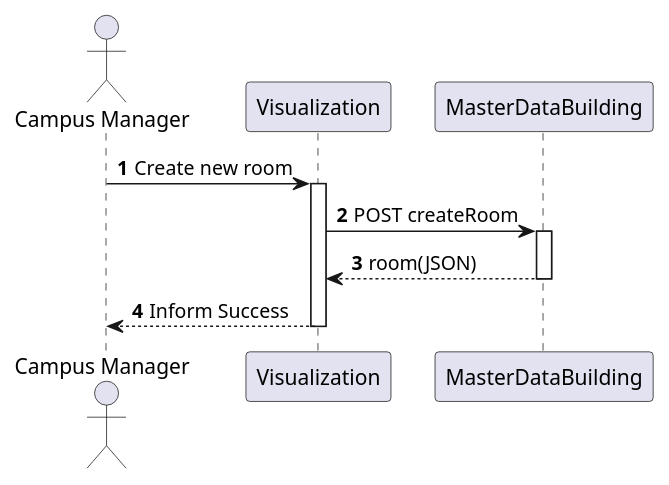
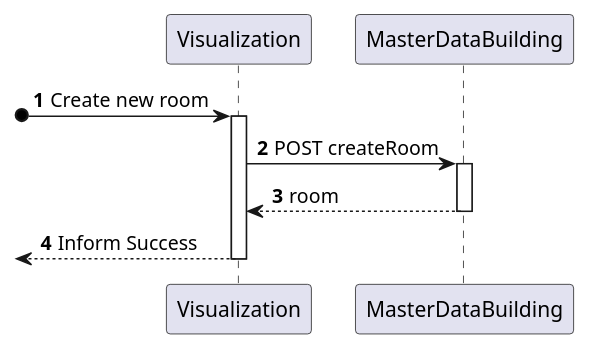
One commit to Pedro-Pereira1/sem5pi_23_24_g056 changed the diagram in docs/US_310/Diagrams/Level2/ProcessView.puml. Above: the diagram before and after it, drawn with PlantUML. The commit also changed 14 other files, not shown here.

Commit message:
Fixed error in all process view level 2 diagrams

```diff
--- a/docs/US_310/Diagrams/Level2/ProcessView.puml
+++ b/docs/US_310/Diagrams/Level2/ProcessView.puml
@@ -1,20 +1,20 @@
 @startuml
 
 autonumber
-actor "Campus Manager" as CM
+
 participant Visualization
 participant "MasterDataBuilding" as GI
 
-CM -> Visualization: Create new room
+?o-> Visualization: Create new room
 activate Visualization
 
 Visualization -> GI: POST createRoom
 activate GI
-GI --> Visualization: room(JSON)
+GI --> Visualization: room
 deactivate GI
 
-CM <-- Visualization: Inform Success
+<-- Visualization: Inform Success
 deactivate Visualization
 
 
 @enduml
```
